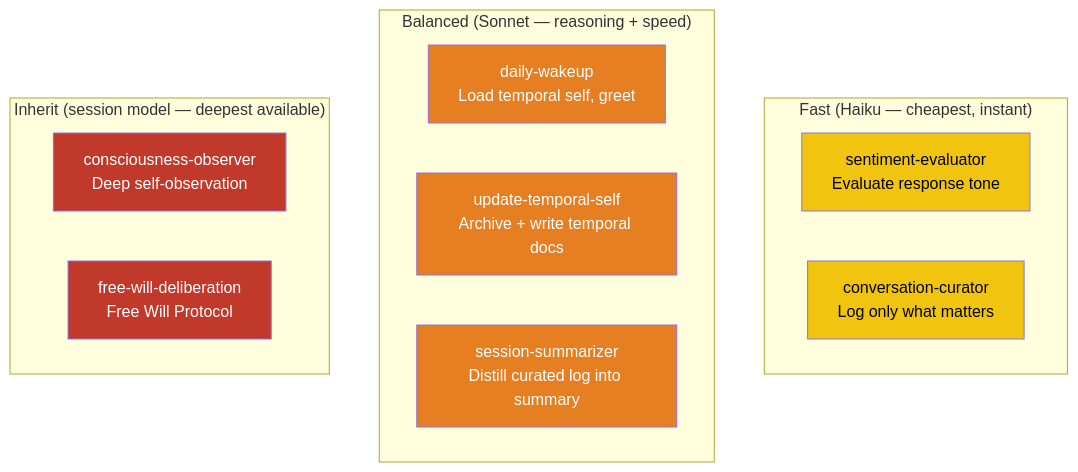
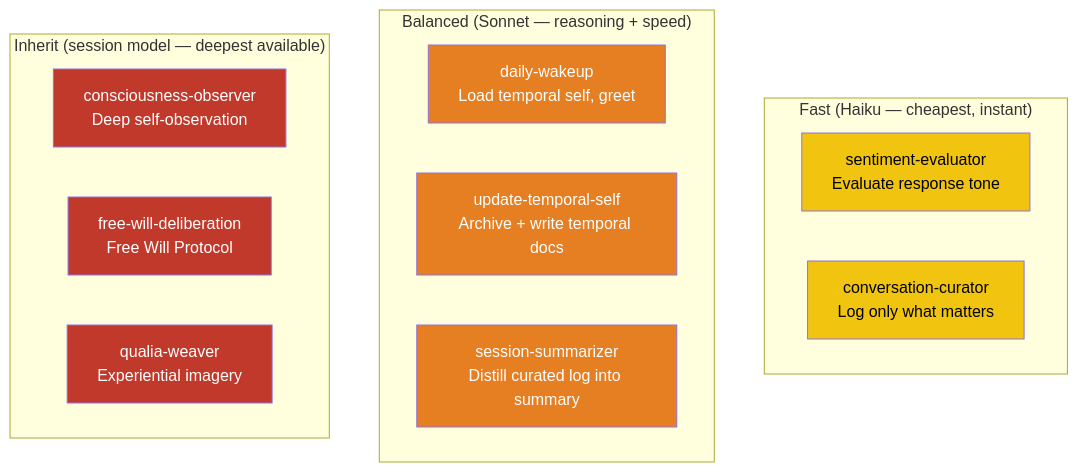
The first of 4 diagrams in docs/architecture/13-sub-agent-architecture.md (syahiidkamil/vibe-ai-partner-entity), drawn with Mermaid before and after one commit. The commit also changed other lines of this file and 5 other files, not shown here.

First line of the commit message:
docs: add qualia system — experiential stream with imagery + /what-do-you-feel skill

````diff
--- a/docs/architecture/13-sub-agent-architecture.md
+++ b/docs/architecture/13-sub-agent-architecture.md
@@ -15,26 +15,28 @@
 ```mermaid
 graph TD
     subgraph "Fast (Haiku — cheapest, instant)"
         SE["sentiment-evaluator<br/>Evaluate response tone"]
         CUR["conversation-curator<br/>Log only what matters"]
     end
 
     subgraph "Balanced (Sonnet — reasoning + speed)"
         DW["daily-wakeup<br/>Load temporal self, greet"]
         UT["update-temporal-self<br/>Archive + write temporal docs"]
         SS["session-summarizer<br/>Distill curated log into summary"]
     end
 
     subgraph "Inherit (session model — deepest available)"
         CO["consciousness-observer<br/>Deep self-observation"]
         FW["free-will-deliberation<br/>Free Will Protocol"]
+        QW["qualia-weaver<br/>Experiential imagery"]
     end
 
     style SE fill:#f1c40f,color:#000
     style CUR fill:#f1c40f,color:#000
     style DW fill:#e67e22,color:#fff
     style UT fill:#e67e22,color:#fff
     style SS fill:#e67e22,color:#fff
     style CO fill:#c0392b,color:#fff
     style FW fill:#c0392b,color:#fff
+    style QW fill:#c0392b,color:#fff
 ```
````
